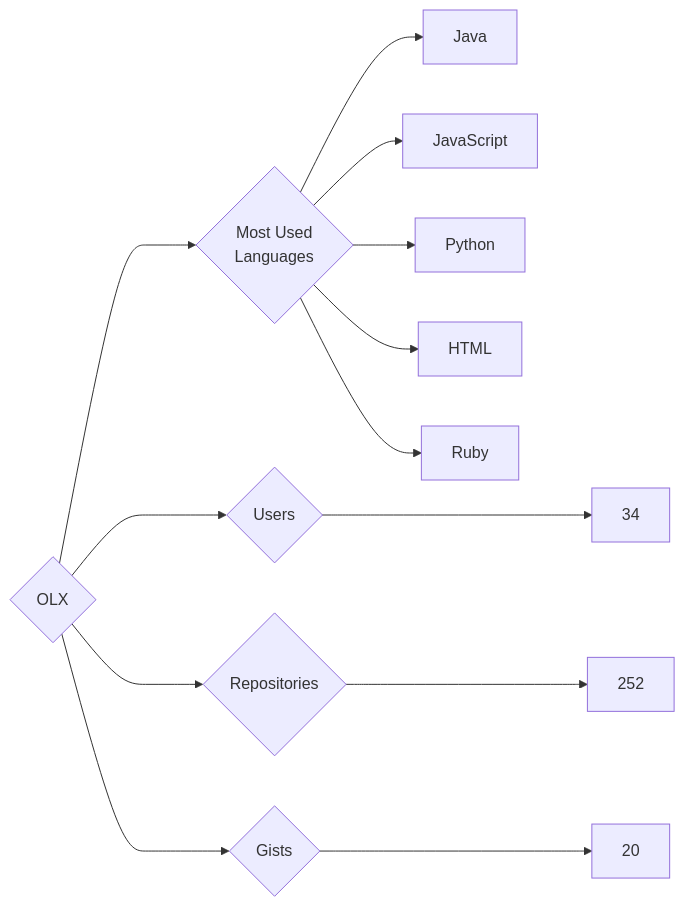
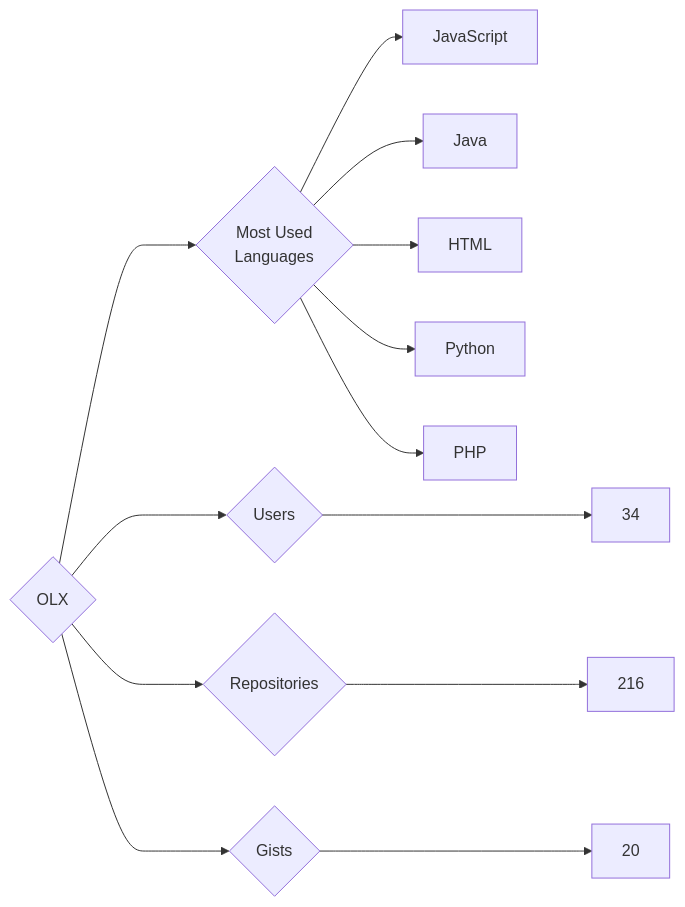
The diagram in targets/OLX/README.md (trickest/insiders), drawn with Mermaid before and after one commit. The commit also changed 770 other files, not shown here.

````diff
--- a/targets/OLX/README.md
+++ b/targets/OLX/README.md
@@ -3,13 +3,13 @@
 ```mermaid
 graph LR
 COMPANY_NAME{OLX}
 COMPANY_NAME ---> U{Users} ---> UN[34]
-COMPANY_NAME ---> R{Repositories} ---> RN[252]
+COMPANY_NAME ---> R{Repositories} ---> RN[216]
 COMPANY_NAME ---> G{Gists} ---> GN[20]
 COMPANY_NAME ---> ML{Most Used<br>Languages}
+ML --> JavaScript[JavaScript]
 ML --> Java[Java]
-ML --> JavaScript[JavaScript]
+ML --> HTML[HTML]
 ML --> Python[Python]
-ML --> HTML[HTML]
-ML --> Ruby[Ruby]
+ML --> PHP[PHP]
 ```
````
